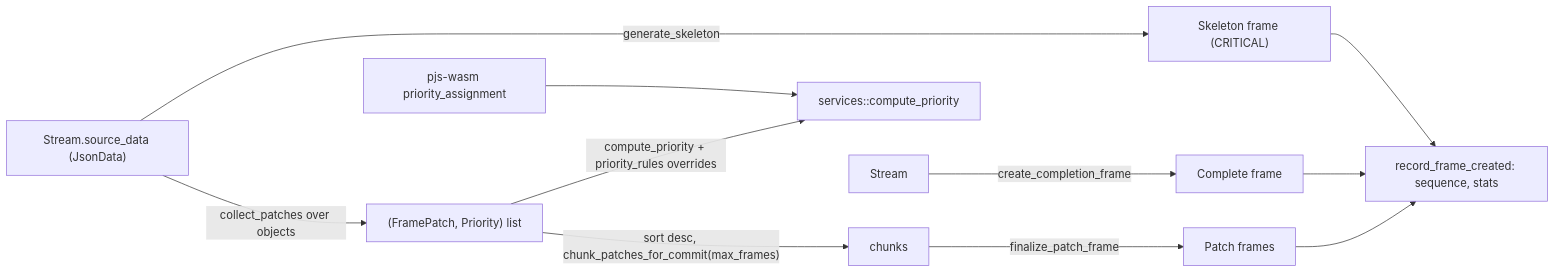
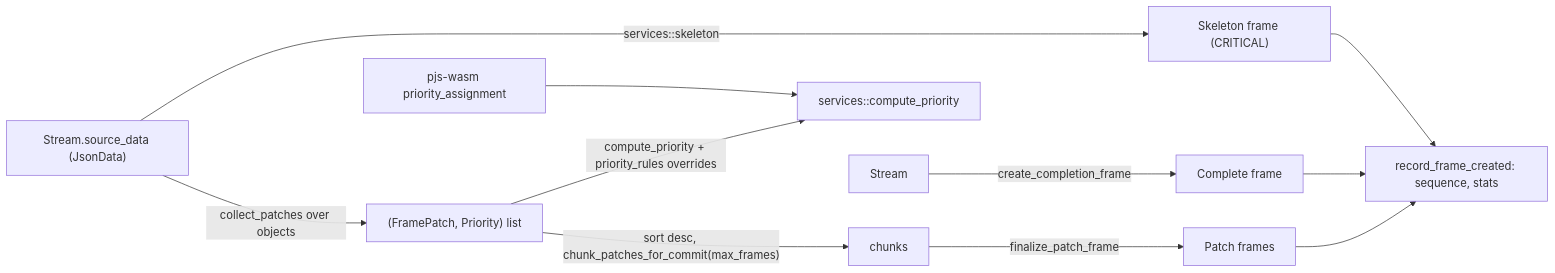
One commit to bug-ops/pjs changed the second of 2 diagrams in specs/domain/044-domain-entities-events-priority-heuristic/plan.md. Above: the diagram before and after it, drawn with Mermaid. The commit also changed other lines of this file and 144 other files, not shown here.

````diff
--- a/specs/domain/044-domain-entities-events-priority-heuristic/plan.md
+++ b/specs/domain/044-domain-entities-events-priority-heuristic/plan.md
@@ -36,13 +36,13 @@
 ```mermaid
 flowchart LR
-  SRC["Stream.source_data (JsonData)"] -->|generate_skeleton| SK["Skeleton frame (CRITICAL)"]
+  SRC["Stream.source_data (JsonData)"] -->|services::skeleton| SK["Skeleton frame (CRITICAL)"]
   SRC -->|collect_patches over objects| P["(FramePatch, Priority) list"]
   P -->|compute_priority + priority_rules overrides| CP["services::compute_priority"]
   P -->|"sort desc, chunk_patches_for_commit(max_frames)"| CH["chunks"]
   CH -->|finalize_patch_frame| PF["Patch frames"]
   ST["Stream"] -->|create_completion_frame| CF["Complete frame"]
   SK --> REC["record_frame_created: sequence, stats"]
   PF --> REC
   CF --> REC
   WASM["pjs-wasm priority_assignment"] --> CP
 ```
````
